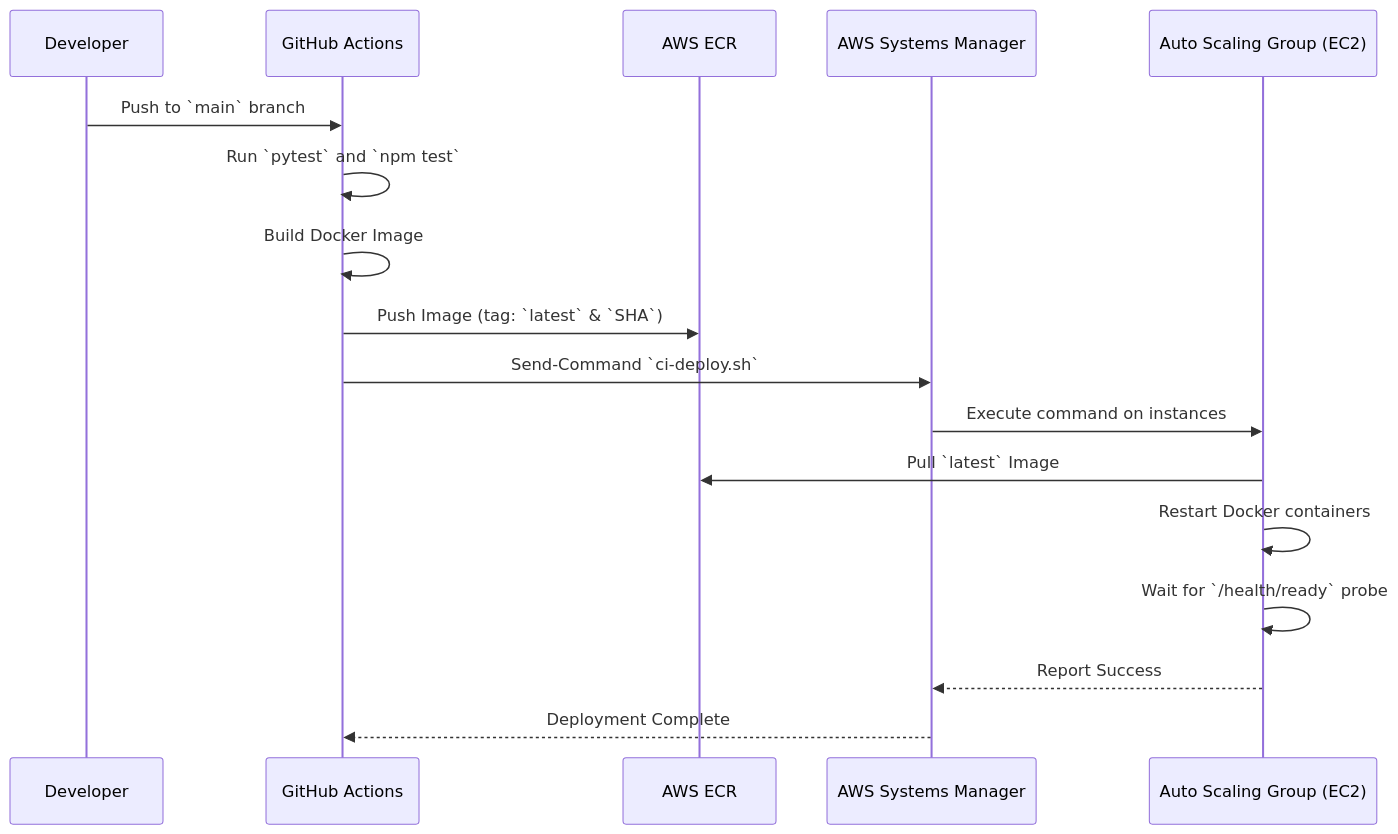
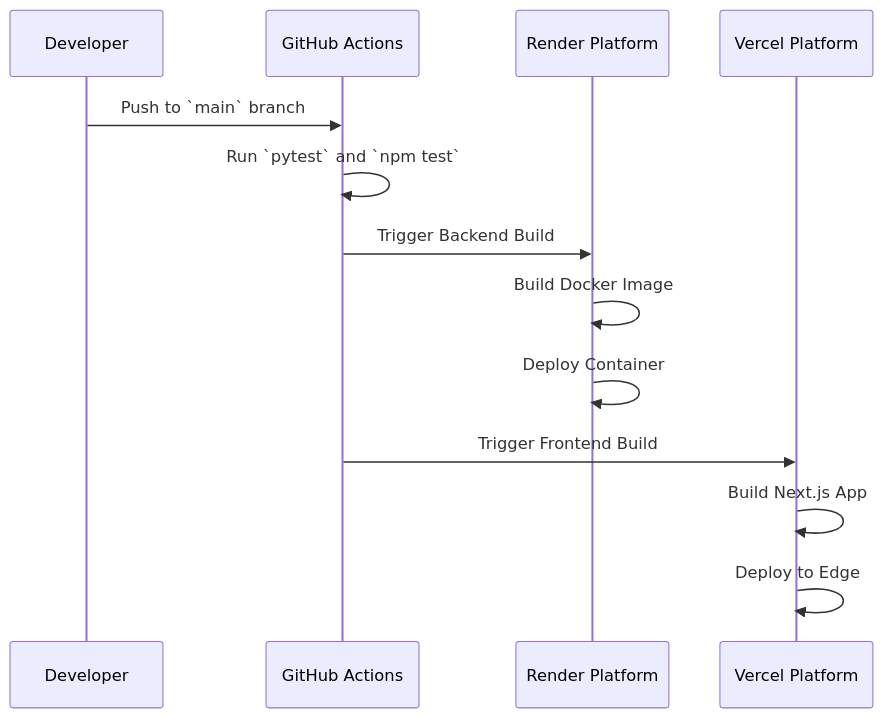
One commit to Vaibhav-Rajput-connect/pocketpilot changed the seventh of 8 diagrams in docs/architecture_diagrams.md. Above: the diagram before and after it, drawn with Mermaid. The commit also changed other lines of this file and 51 other files, not shown here.

Commit message:
chore: complete production cleanup and AWS to Render migration

````diff
--- a/docs/architecture_diagrams.md
+++ b/docs/architecture_diagrams.md
@@ -231,22 +185,18 @@
 ```mermaid
 sequenceDiagram
     participant Dev as Developer
     participant GitHub as GitHub Actions
-    participant ECR as AWS ECR
-    participant SSM as AWS Systems Manager
-    participant ASG as Auto Scaling Group (EC2)
+    participant Render as Render Platform
+    participant Vercel as Vercel Platform
 
     Dev->>GitHub: Push to `main` branch
     GitHub->>GitHub: Run `pytest` and `npm test`
-    GitHub->>GitHub: Build Docker Image
-    GitHub->>ECR: Push Image (tag: `latest` & `SHA`)
     
-    GitHub->>SSM: Send-Command `ci-deploy.sh`
-    SSM->>ASG: Execute command on instances
+    GitHub->>Render: Trigger Backend Build
+    Render->>Render: Build Docker Image
+    Render->>Render: Deploy Container
     
-    ASG->>ECR: Pull `latest` Image
-    ASG->>ASG: Restart Docker containers
-    ASG->>ASG: Wait for `/health/ready` probe
-    ASG-->>SSM: Report Success
-    SSM-->>GitHub: Deployment Complete
+    GitHub->>Vercel: Trigger Frontend Build
+    Vercel->>Vercel: Build Next.js App
+    Vercel->>Vercel: Deploy to Edge
 ```
````
